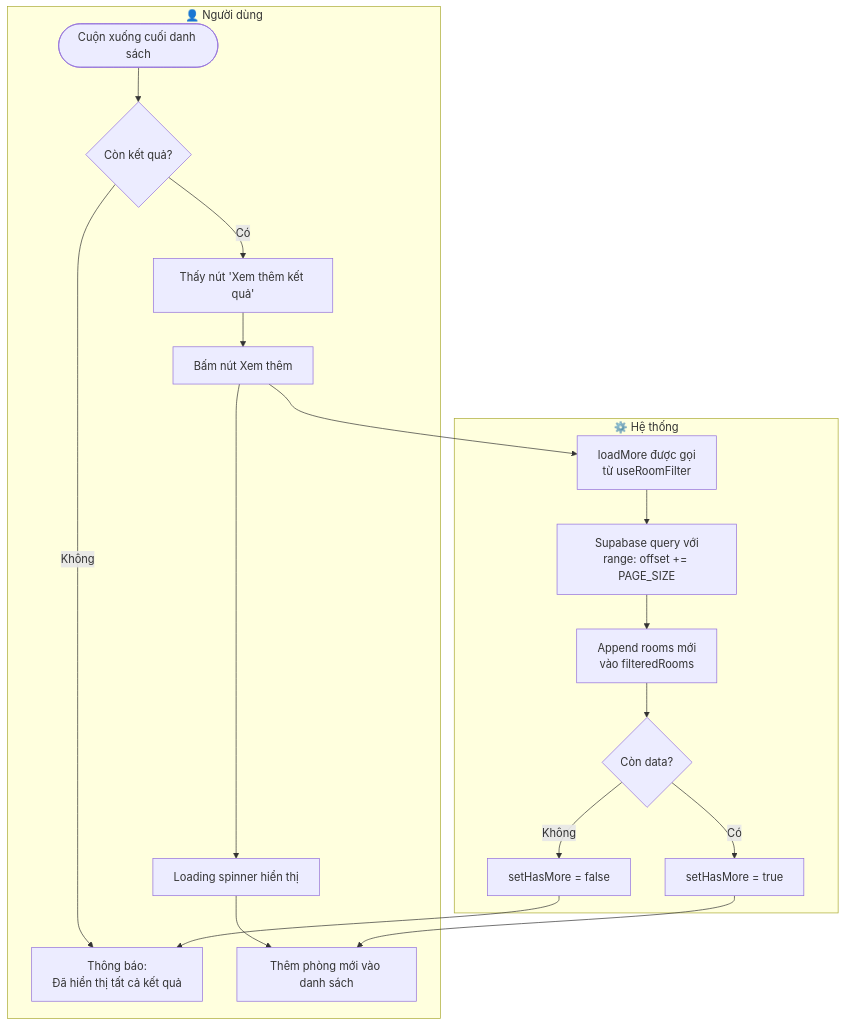
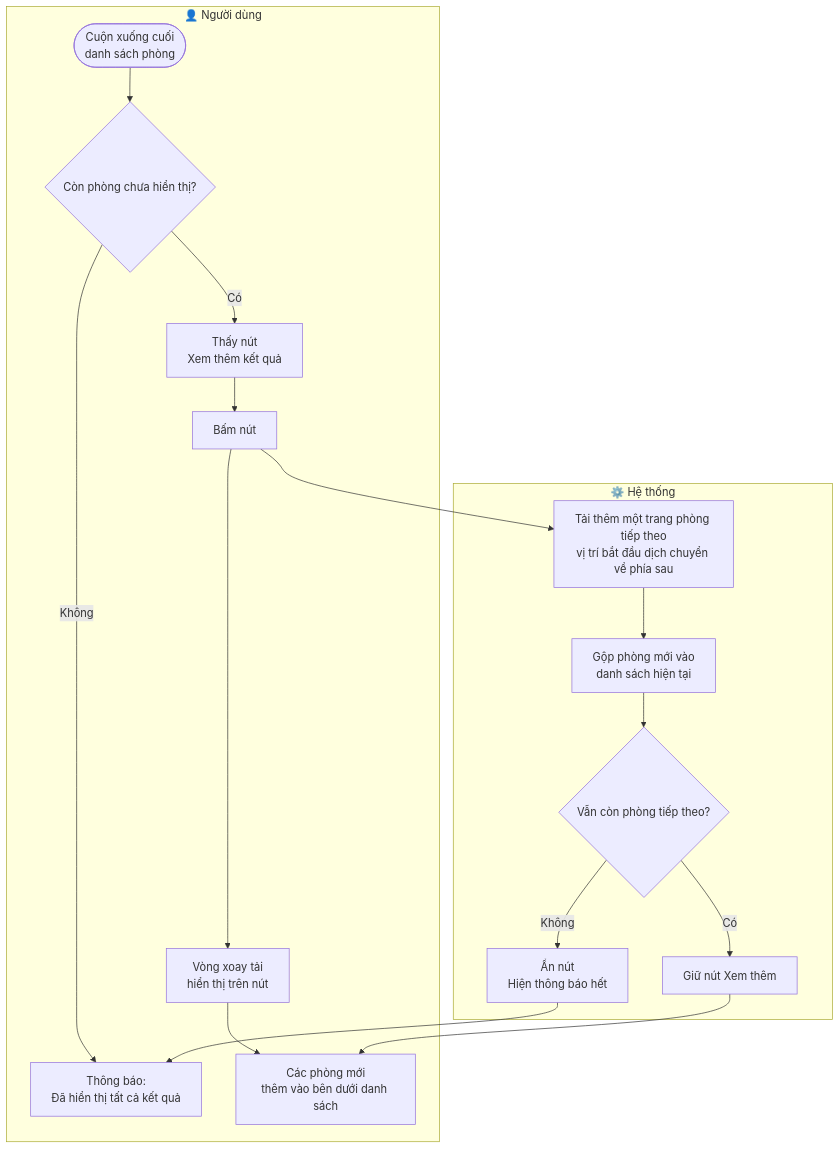
Before and after one commit to natelyt12/trotot: the third of 4 diagrams in prj_workflows/02_home_search_workflow.md, drawn with Mermaid. The commit also changed other lines of this file and 5 other files, not shown here.

````diff
--- a/prj_workflows/02_home_search_workflow.md
+++ b/prj_workflows/02_home_search_workflow.md
@@ -83,22 +82,21 @@
 ```mermaid
 flowchart TD
     subgraph USER["👤 Người dùng"]
-        A([Cuộn xuống cuối danh sách]) --> B{Còn kết quả?}
-        B -- Có --> C[Thấy nút 'Xem thêm kết quả']
+        A([Cuộn xuống cuối\ndanh sách phòng]) --> B{Còn phòng chưa hiển thị?}
+        B -- Có --> C[Thấy nút\nXem thêm kết quả]
         B -- Không --> D[Thông báo:\nĐã hiển thị tất cả kết quả]
-        C --> E[Bấm nút Xem thêm]
-        E --> F[Loading spinner hiển thị]
-        F --> G[Thêm phòng mới vào danh sách]
+        C --> E[Bấm nút]
+        E --> F[Vòng xoay tải\nhiển thị trên nút]
+        F --> G[Các phòng mới\nthêm vào bên dưới danh sách]
     end
 
     subgraph SYSTEM["⚙️ Hệ thống"]
-        E --> H[loadMore được gọi\ntừ useRoomFilter]
-        H --> I[Supabase query với\nrange: offset += PAGE_SIZE]
-        I --> J[Append rooms mới\nvào filteredRooms]
-        J --> K{Còn data?}
-        K -- Có --> L[setHasMore = true]
-        K -- Không --> M[setHasMore = false]
-        L --> G
-        M --> D
+        E --> H[Tải thêm một trang phòng tiếp theo\nvị trí bắt đầu dịch chuyển về phía sau]
+        H --> I[Gộp phòng mới vào\ndanh sách hiện tại]
+        I --> J{Vẫn còn phòng tiếp theo?}
+        J -- Có --> K[Giữ nút Xem thêm]
+        J -- Không --> L[Ẩn nút\nHiện thông báo hết]
+        K --> G
+        L --> D
     end
 ```
````
